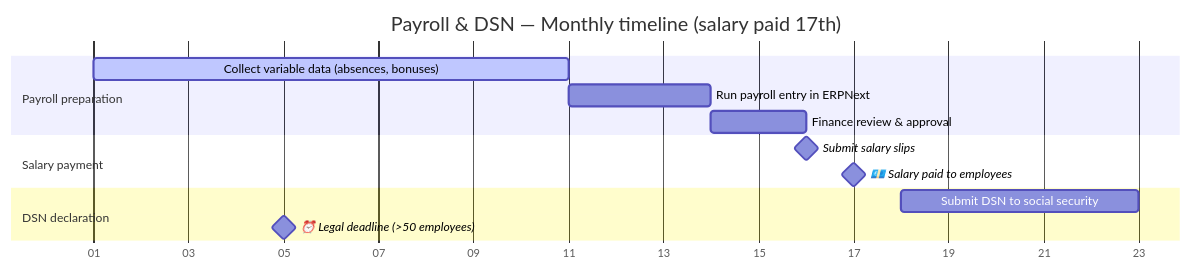
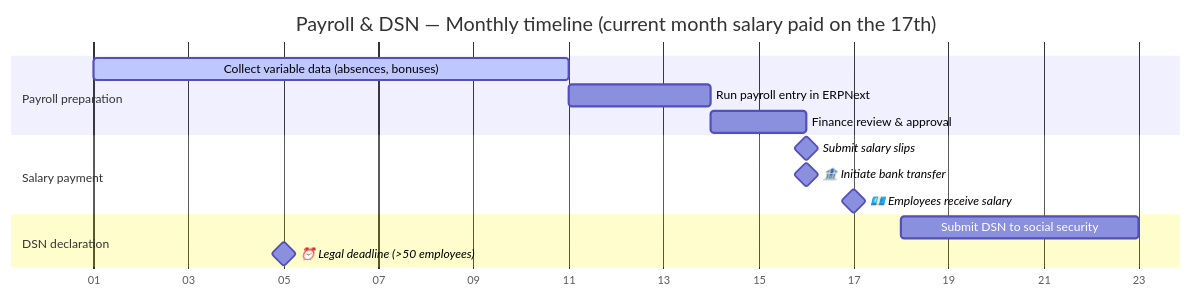
Before and after one commit to andrelair-platform/minicloud-platform-docs: the first of 2 diagrams in docs/developer-platform/28-erpnext-dsn-guide-utilisateur.md, drawn with Mermaid. The commit also changed other lines of this file, not shown here.

Commit message:
docs(erp): fix DSN guide — current month salary, Friday transfer, Monday receipt (#84)

````diff
--- a/docs/developer-platform/28-erpnext-dsn-guide-utilisateur.md
+++ b/docs/developer-platform/28-erpnext-dsn-guide-utilisateur.md
@@ -42,19 +42,20 @@
 ```mermaid
 gantt
-    title Payroll & DSN — Monthly timeline (salary paid 17th)
+    title Payroll & DSN — Monthly timeline (current month salary paid on the 17th)
     dateFormat DD
     axisFormat %d
 
     section Payroll preparation
     Collect variable data (absences, bonuses)  :active, 01, 10d
     Run payroll entry in ERPNext               :11, 3d
     Finance review & approval                  :14, 2d
 
     section Salary payment
     Submit salary slips                        :milestone, 16, 0d
-    💶 Salary paid to employees               :milestone, 17, 0d
+    🏦 Initiate bank transfer                 :milestone, 16, 0d
+    💶 Employees receive salary               :milestone, 17, 0d
 
     section DSN declaration
     Submit DSN to social security              :18, 5d
     ⏰ Legal deadline (>50 employees)         :milestone, 05, 0d
 ```
````
